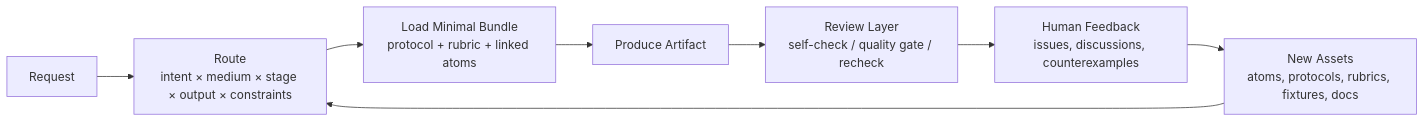
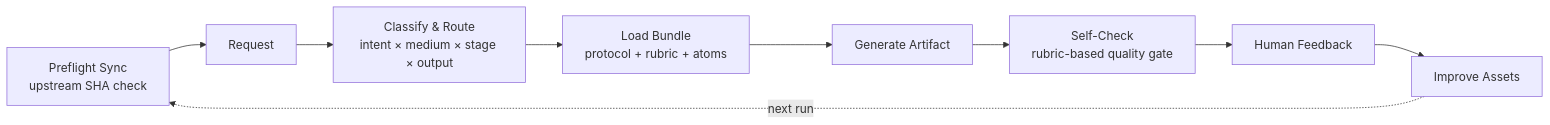
The diagram in README.md (XucroYuri/how-to-make-script), drawn with Mermaid before and after one commit. The commit also changed other lines of this file and 3 other files, not shown here.

First line of the commit message:
Rewrite hero SVGs as pipeline flow and restructure both READMEs

````diff
--- a/README.md
+++ b/README.md
@@ -222,10 +195,11 @@
 ```mermaid
 flowchart LR
-    A["Request"] --> B["Route<br/>intent × medium × stage × output × constraints"]
-    B --> C["Load Minimal Bundle<br/>protocol + rubric + linked atoms"]
-    C --> D["Produce Artifact"]
-    D --> E["Review Layer<br/>self-check / quality gate / recheck"]
-    E --> F["Human Feedback<br/>issues, discussions, counterexamples"]
-    F --> G["New Assets<br/>atoms, protocols, rubrics, fixtures, docs"]
-    G --> B
+    S["Preflight Sync<br/>upstream SHA check"] --> A["Request"]
+    A --> B["Classify & Route<br/>intent × medium × stage × output"]
+    B --> C["Load Bundle<br/>protocol + rubric + atoms"]
+    C --> D["Generate Artifact"]
+    D --> E["Self-Check<br/>rubric-based quality gate"]
+    E --> F["Human Feedback"]
+    F --> G["Improve Assets"]
+    G -.->|"next run"| S
 ```
````
